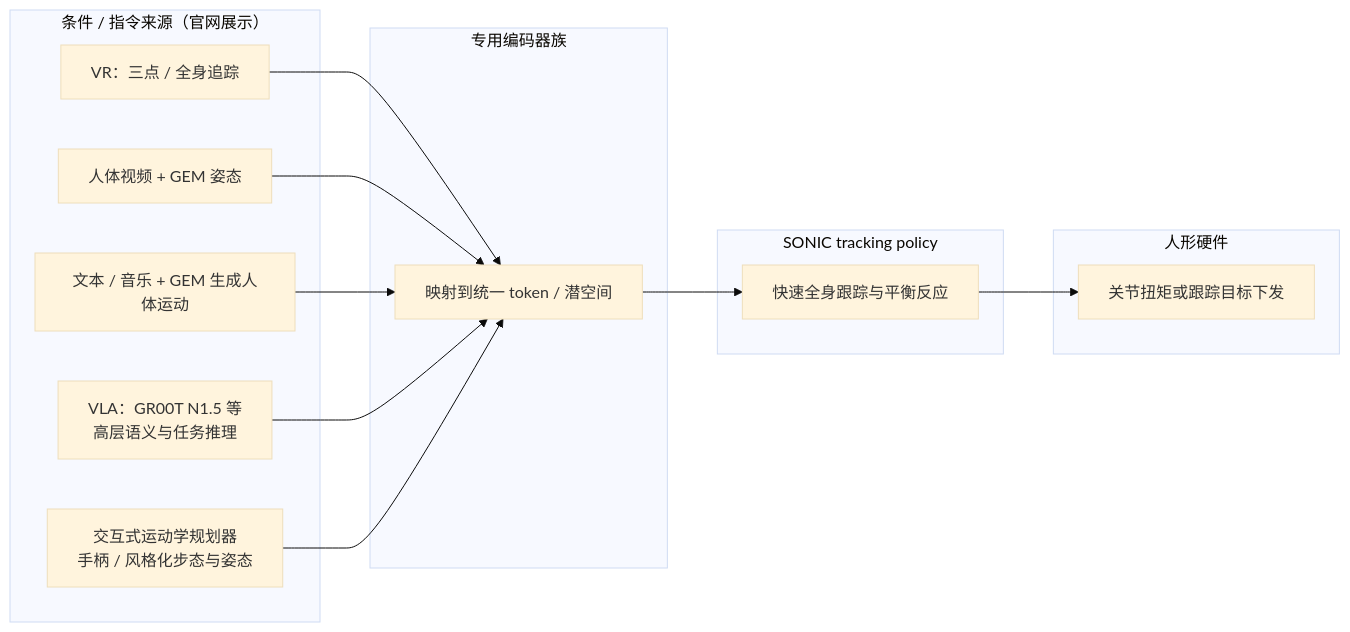
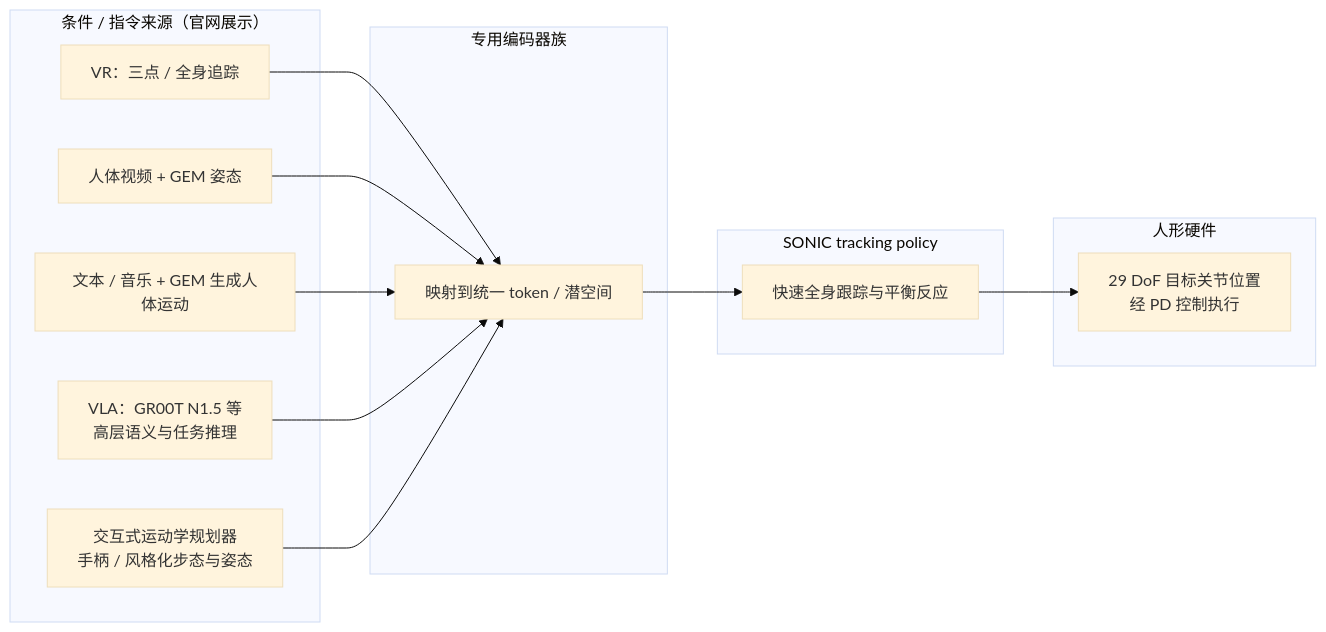
One commit to ImChong/Robotics_Notebooks changed the second of 5 diagrams in wiki/entities/nvidia-sonic.md. Above: the diagram before and after it, drawn with Mermaid (base theme). The commit also changed other lines of this file, not shown here.

````diff
--- a/wiki/entities/nvidia-sonic.md
+++ b/wiki/entities/nvidia-sonic.md
@@ -233,29 +233,29 @@
 ```mermaid
 flowchart LR
   subgraph upstream["条件 / 指令来源（官网展示）"]
     U1[VR：三点 / 全身追踪]
     U2[人体视频 + GEM 姿态]
     U3[文本 / 音乐 + GEM 生成人体运动]
     U4[VLA：GR00T N1.5 等<br/>高层语义与任务推理]
     U5[交互式运动学规划器<br/>手柄 / 风格化步态与姿态]
   end
 
   subgraph enc["专用编码器族"]
     E[映射到统一 token / 潜空间]
   end
 
   subgraph core["SONIC tracking policy"]
     C[快速全身跟踪与平衡反应]
   end
 
   subgraph robot["人形硬件"]
-    R[关节扭矩或跟踪目标下发]
+    R[29 DoF 目标关节位置<br/>经 PD 控制执行]
   end
 
   U1 --> E
   U2 --> E
   U3 --> E
   U4 --> E
   U5 --> E
   E --> C --> R
 ```
````
